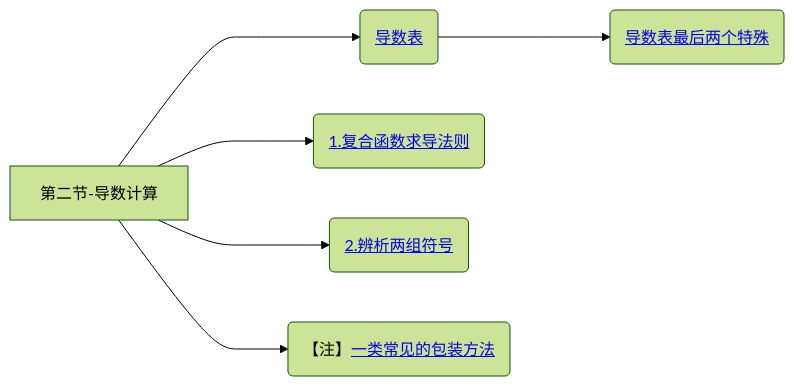
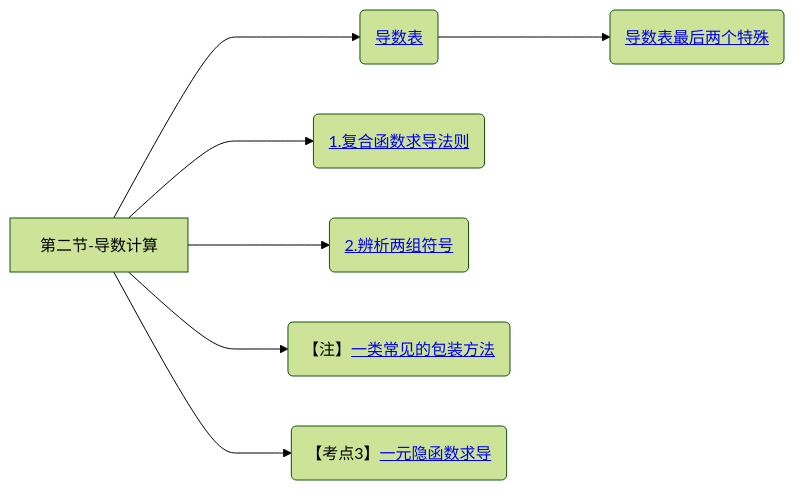
Diagram 12 of 12 in 笔记/数学/周洋鑫/01.基础班思维导图.md (yuebinghui/note), drawn with Mermaid (forest theme) before and after one commit. The commit also changed 2 other files, not shown here.

Commit message:
Wed Nov 13 16:20:01 CST 2024

````diff
--- a/笔记/数学/周洋鑫/01.基础班思维导图.md
+++ b/笔记/数学/周洋鑫/01.基础班思维导图.md
@@ -454,12 +454,14 @@
 ```mermaid
 graph LR
 第二节-导数计算
 
 第二节-导数计算--->导数表(<a href="/Users/yuebinghui/Documents/program/github/note/笔记/数学/周洋鑫/零基础提前学/11.1零基础核心考点精讲10-1.md#导数表-必须记住">导数表</>)
 导数表--->导数表最后两个特殊(<a href="/Users/yuebinghui/Documents/program/github/note/笔记/数学/周洋鑫/零基础提前学/11.1零基础核心考点精讲10-1.md#导数表最后两个特殊">导数表最后两个特殊</>)
 第二节-导数计算--->复合函数求导法则(<a href="/Users/yuebinghui/Documents/program/github/note/笔记/数学/周洋鑫/基础班/12.导数计算_1.md#复合函数求导法则">1.复合函数求导法则</>)
 第二节-导数计算--->2.辨析两组符号(<a href="/Users/yuebinghui/Documents/program/github/note/笔记/数学/周洋鑫/基础班/12.导数计算_1.md#2.辨析两组符号">2.辨析两组符号</>)
 
 第二节-导数计算--->一类常见的包装方法(【注】<a href="/Users/yuebinghui/Documents/program/github/note/笔记/数学/周洋鑫/基础班/12.导数计算_1.md#一类常见的包装方法">一类常见的包装方法</>)
 
+第二节-导数计算--->一元隐函数求导(【考点3】<a href="/Users/yuebinghui/Documents/program/github/note/笔记/数学/周洋鑫/基础班/12.导数计算_1.md#一元隐函数求导">一元隐函数求导</>)
+
 ```
````
